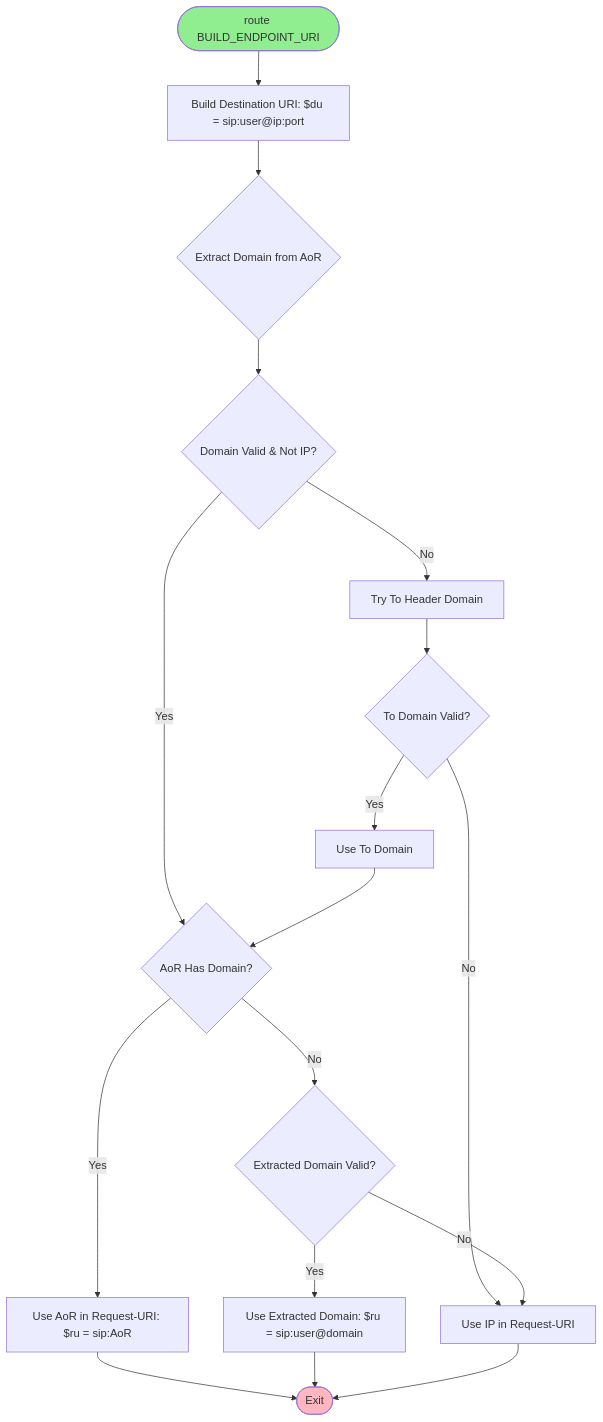
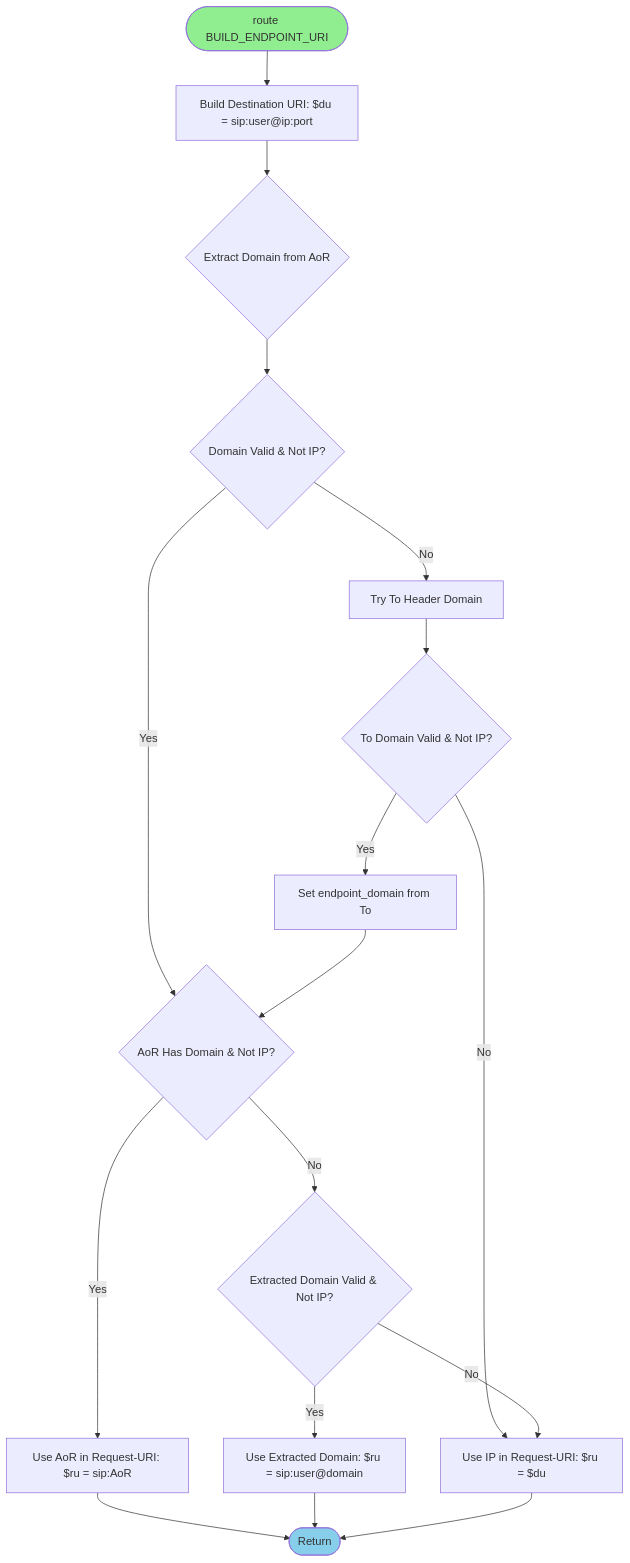
The fourth of 13 diagrams in docs/OPENSIPS-LOGIC-DIAGRAM.md (aelintra/pbx3sbc), drawn with Mermaid before and after one commit. The commit also changed other lines of this file, not shown here.

First line of the commit message:
Update OPENSIPS-LOGIC-DIAGRAM to match current configuration

````diff
--- a/docs/OPENSIPS-LOGIC-DIAGRAM.md
+++ b/docs/OPENSIPS-LOGIC-DIAGRAM.md
@@ -136,22 +137,22 @@
 ```mermaid
 flowchart TD
     Start([route BUILD_ENDPOINT_URI]) --> BuildDU["Build Destination URI: $du = sip:user@ip:port"]
     BuildDU --> ExtractDomain{Extract Domain from AoR}
     ExtractDomain --> DomainValid{Domain Valid & Not IP?}
     DomainValid -->|No| TryToHeader[Try To Header Domain]
-    DomainValid -->|Yes| CheckAoRFormat{AoR Has Domain?}
-    TryToHeader --> ToDomainValid{To Domain Valid?}
-    ToDomainValid -->|Yes| UseToDomain[Use To Domain]
-    ToDomainValid -->|No| UseIP[Use IP in Request-URI]
+    DomainValid -->|Yes| CheckAoRFormat{AoR Has Domain & Not IP?}
+    TryToHeader --> ToDomainValid{To Domain Valid & Not IP?}
+    ToDomainValid -->|Yes| UseToDomain[Set endpoint_domain from To]
+    ToDomainValid -->|No| UseIP[Use IP in Request-URI: $ru = $du]
     CheckAoRFormat -->|Yes| UseAoR["Use AoR in Request-URI: $ru = sip:AoR"]
-    CheckAoRFormat -->|No| CheckExtractedDomain{Extracted Domain Valid?}
+    CheckAoRFormat -->|No| CheckExtractedDomain{Extracted Domain Valid & Not IP?}
     CheckExtractedDomain -->|Yes| UseExtractedDomain["Use Extracted Domain: $ru = sip:user@domain"]
     CheckExtractedDomain -->|No| UseIP
-    UseAoR --> End([Exit])
-    UseExtractedDomain --> End
+    UseAoR --> Return1([Return])
+    UseExtractedDomain --> Return1
     UseToDomain --> CheckAoRFormat
-    UseIP --> End
+    UseIP --> Return1
     
     style Start fill:#90EE90
-    style End fill:#FFB6C1
+    style Return1 fill:#87CEEB
 ```
````
